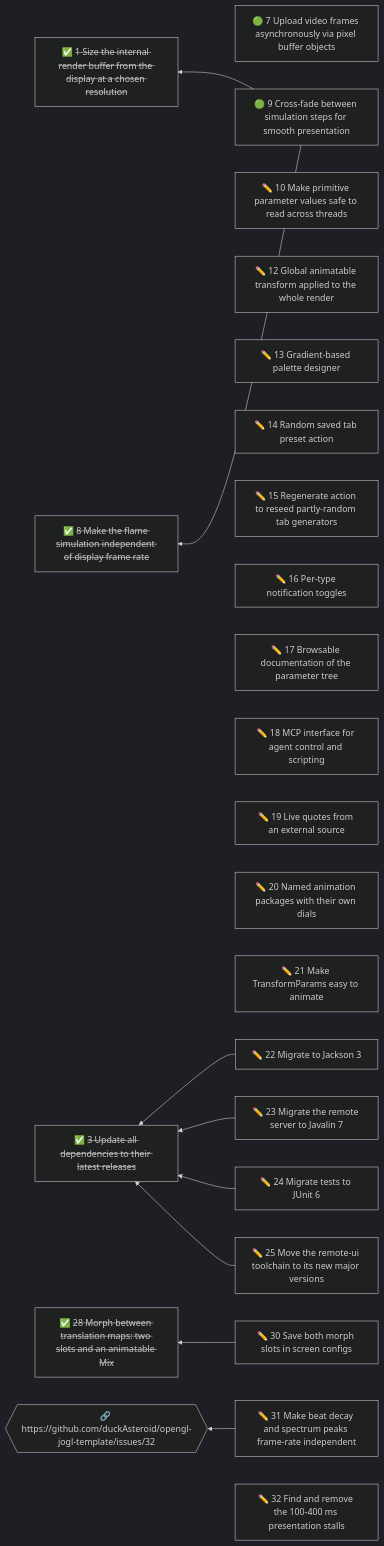
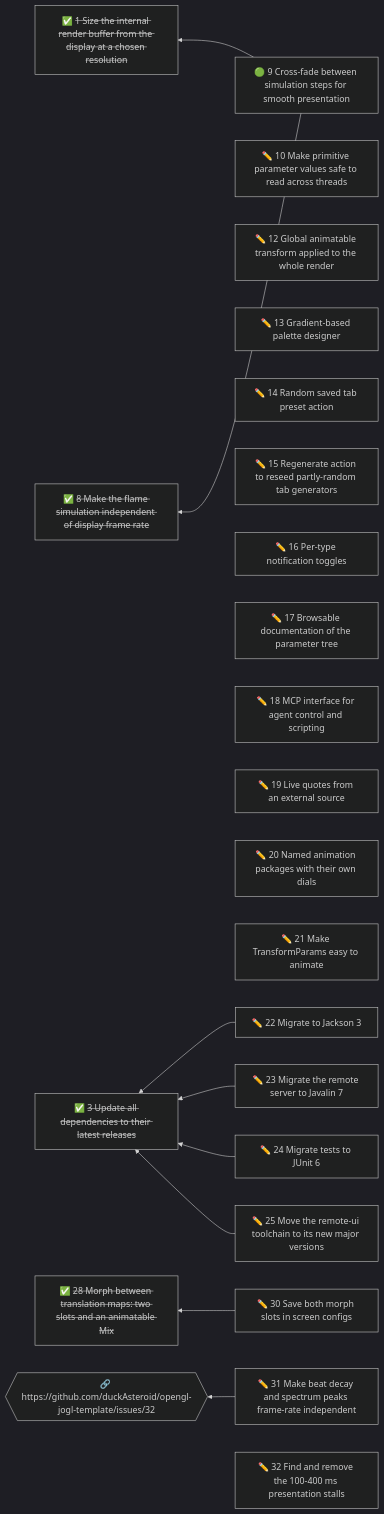
The diagram in docs/initiatives/README.md (duckAsteroid/cthugha-reborn), drawn with Mermaid (dark theme) before and after one commit. The commit also changed other lines of this file and 6 other files, not shown here.

First line of the commit message:
perf(app): upload video frames through a persistently mapped pixel buffer

````diff
--- a/docs/initiatives/README.md
+++ b/docs/initiatives/README.md
@@ -53,61 +52,59 @@
 ```mermaid
 flowchart RL
-  n7["🟢 7 Upload video frames asynchronously via pixel buffer objects"]
   n9["🟢 9 Cross-fade between simulation steps for smooth presentation"]
   n10["✏️ 10 Make primitive parameter values safe to read across threads"]
   n12["✏️ 12 Global animatable transform applied to the whole render"]
   n13["✏️ 13 Gradient-based palette designer"]
   n14["✏️ 14 Random saved tab preset action"]
   n15["✏️ 15 Regenerate action to reseed partly-random tab generators"]
   n16["✏️ 16 Per-type notification toggles"]
   n17["✏️ 17 Browsable documentation of the parameter tree"]
   n18["✏️ 18 MCP interface for agent control and scripting"]
   n19["✏️ 19 Live quotes from an external source"]
   n20["✏️ 20 Named animation packages with their own dials"]
   n21["✏️ 21 Make TransformParams easy to animate"]
   n22["✏️ 22 Migrate to Jackson 3"]
   n23["✏️ 23 Migrate the remote server to Javalin 7"]
   n24["✏️ 24 Migrate tests to JUnit 6"]
   n25["✏️ 25 Move the remote-ui toolchain to its new major versions"]
   n30["✏️ 30 Save both morph slots in screen configs"]
   n31["✏️ 31 Make beat decay and spectrum peaks frame-rate independent"]
   n32["✏️ 32 Find and remove the 100-400 ms presentation stalls"]
   n1["✅ <s>1 Size the internal render buffer from the display at a chosen resolution</s>"]
   n8["✅ <s>8 Make the flame simulation independent of display frame rate</s>"]
   n3["✅ <s>3 Update all dependencies to their latest releases</s>"]
   n28["✅ <s>28 Morph between translation maps: two slots and an animatable Mix</s>"]
   x1{{"🔗 https://github.com/duckAsteroid/opengl-jogl-template/issues/32"}}
   n9 --> n1
   n9 --> n8
   n22 --> n3
   n23 --> n3
   n24 --> n3
   n25 --> n3
   n30 --> n28
   n31 --> x1
-  click n7 href "07-upload-video-frames-asynchronously-via-pixel-buffer-objects.md"
   click n9 href "09-decouple-simulation-from-display-with-interpolated-presentat.md"
   click n10 href "10-make-primitive-parameter-values-safe-to-read-across-threads.md"
   click n12 href "12-global-animatable-transform-applied-to-the-whole-render.md"
   click n13 href "13-gradient-based-palette-designer.md"
   click n14 href "14-random-saved-tab-preset-action.md"
   click n15 href "15-regenerate-action-to-reseed-partly-random-tab-generators.md"
   click n16 href "16-per-type-notification-toggles.md"
   click n17 href "17-browsable-documentation-of-the-parameter-tree.md"
   click n18 href "18-mcp-interface-for-agent-control-and-scripting.md"
   click n19 href "19-live-quotes-from-an-external-source.md"
   click n20 href "20-named-animation-packages-with-their-own-dials.md"
   click n21 href "21-make-transformparams-easy-to-animate.md"
   click n22 href "22-migrate-to-jackson-3.md"
   click n23 href "23-migrate-the-remote-server-to-javalin-7.md"
   click n24 href "24-migrate-tests-to-junit-6.md"
   click n25 href "25-move-the-remote-ui-toolchain-to-its-new-major-versions.md"
   click n30 href "30-save-both-morph-slots-in-screen-configs.md"
   click n31 href "31-make-beat-decay-and-spectrum-peaks-frame-rate-independent.md"
   click n32 href "32-find-and-remove-the-100-400-ms-presentation-stalls.md"
   click n1 href "01-cap-the-internal-render-resolution-at-high-window-sizes.md"
   click n8 href "08-make-the-flame-simulation-independent-of-display-frame-rate.md"
   click n3 href "03-update-all-dependencies-to-their-latest-releases.md"
   click n28 href "28-blend-between-two-translation-maps-over-time.md"
   click x1 href "https://github.com/duckAsteroid/opengl-jogl-template/issues/32"
 ```
````
